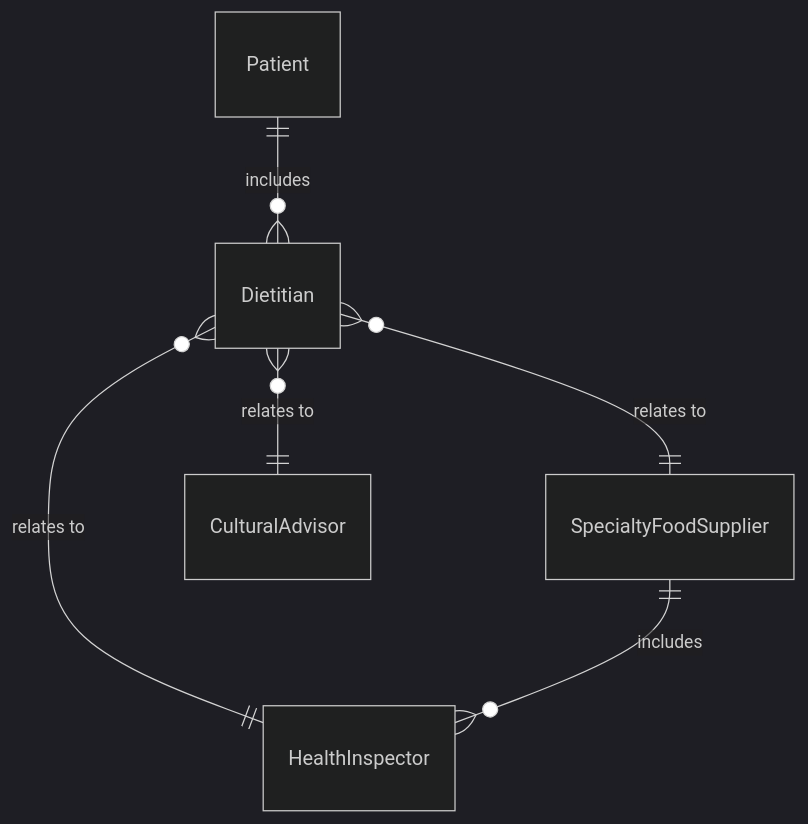
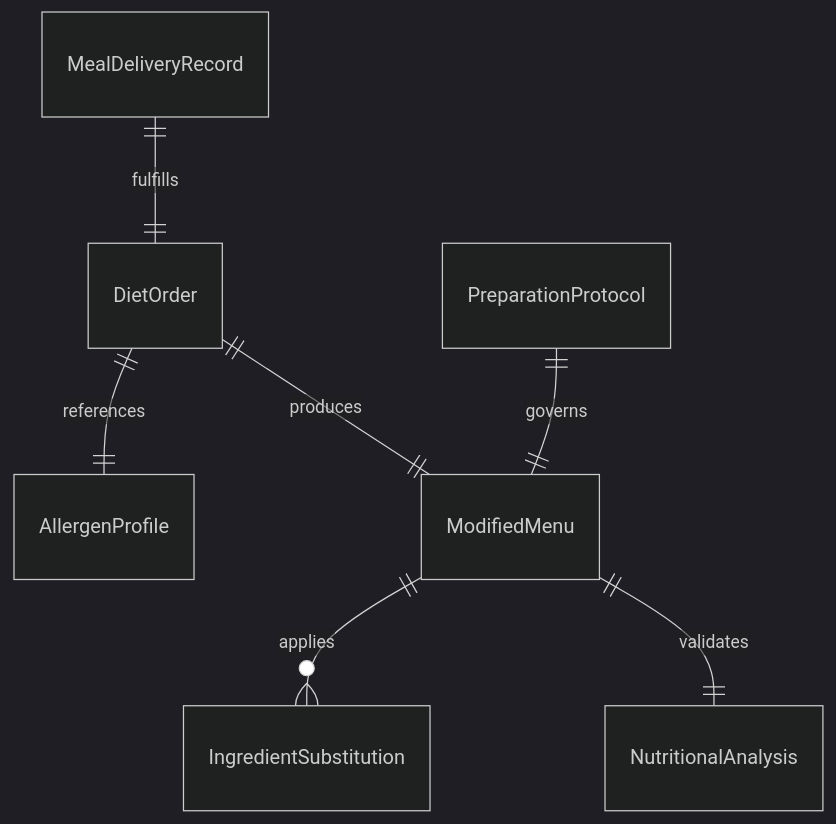
One commit to dot-org-ai/tasks.org.ai changed the first of 4 diagrams in GuidingDirectingAndMotivatingSubordinates/DirectOrganizationalOperationsActivitiesOrProcedures/ManagePreparationSpecialMealsDiets.mdx. Above: the diagram before and after it, drawn with Mermaid (dark theme). The commit also changed other lines of this file and 515 other files, not shown here.

````diff
--- a/GuidingDirectingAndMotivatingSubordinates/DirectOrganizationalOperationsActivitiesOrProcedures/ManagePreparationSpecialMealsDiets.mdx
+++ b/GuidingDirectingAndMotivatingSubordinates/DirectOrganizationalOperationsActivitiesOrProcedures/ManagePreparationSpecialMealsDiets.mdx
@@ -90,8 +90,9 @@
 ```mermaid
 erDiagram
-    Patient ||--o{ Dietitian : includes
-    Dietitian }o--|| SpecialtyFoodSupplier : "relates to"
-    Dietitian }o--|| HealthInspector : "relates to"
-    Dietitian }o--|| CulturalAdvisor : "relates to"
-    SpecialtyFoodSupplier ||--o{ HealthInspector : includes
+    DietOrder ||--|| AllergenProfile : "references"
+    DietOrder ||--|| ModifiedMenu : "produces"
+    ModifiedMenu ||--o{ IngredientSubstitution : "applies"
+    ModifiedMenu ||--|| NutritionalAnalysis : "validates"
+    PreparationProtocol ||--|| ModifiedMenu : "governs"
+    MealDeliveryRecord ||--|| DietOrder : "fulfills"
 ```
````
